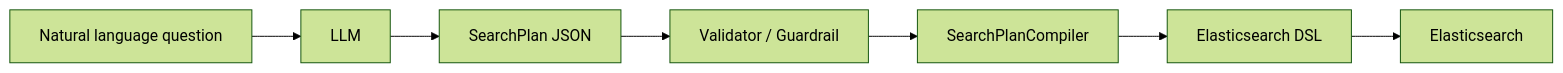
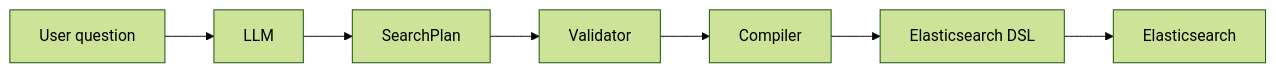
The diagram in docs/search-engine-decision.md (PhamVanMinhBinhThuan/soc-ai-search), drawn with Mermaid (forest theme) before and after one commit. The commit also changed other lines of this file and 8 other files, not shown here.

````diff
--- a/docs/search-engine-decision.md
+++ b/docs/search-engine-decision.md
@@ -59,12 +51,12 @@
 ```mermaid
 flowchart LR
-    Q["Natural language question"]
+    User["User question"]
     LLM["LLM"]
-    Plan["SearchPlan JSON"]
-    Guard["Validator / Guardrail"]
-    Compiler["SearchPlanCompiler"]
+    Plan["SearchPlan"]
+    Validator["Validator"]
+    Compiler["Compiler"]
     DSL["Elasticsearch DSL"]
     ES["Elasticsearch"]
 
-    Q --> LLM --> Plan --> Guard --> Compiler --> DSL --> ES
+    User --> LLM --> Plan --> Validator --> Compiler --> DSL --> ES
 ```
````
